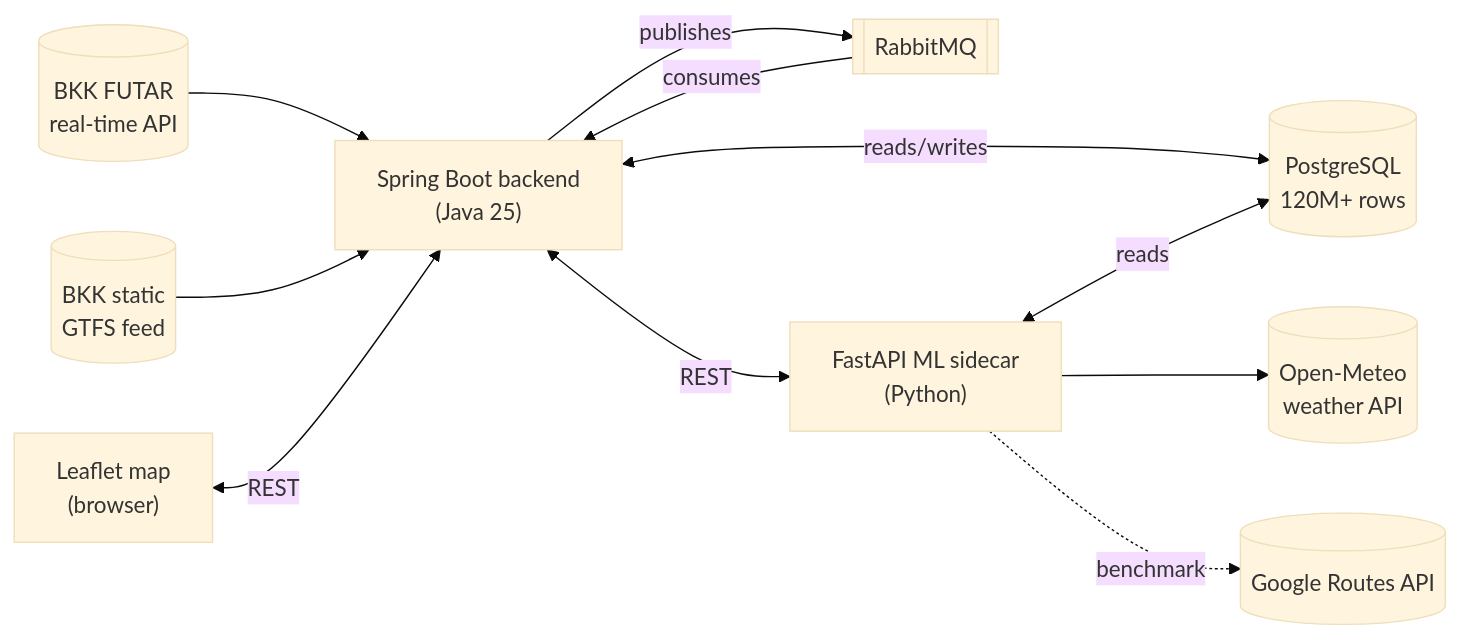
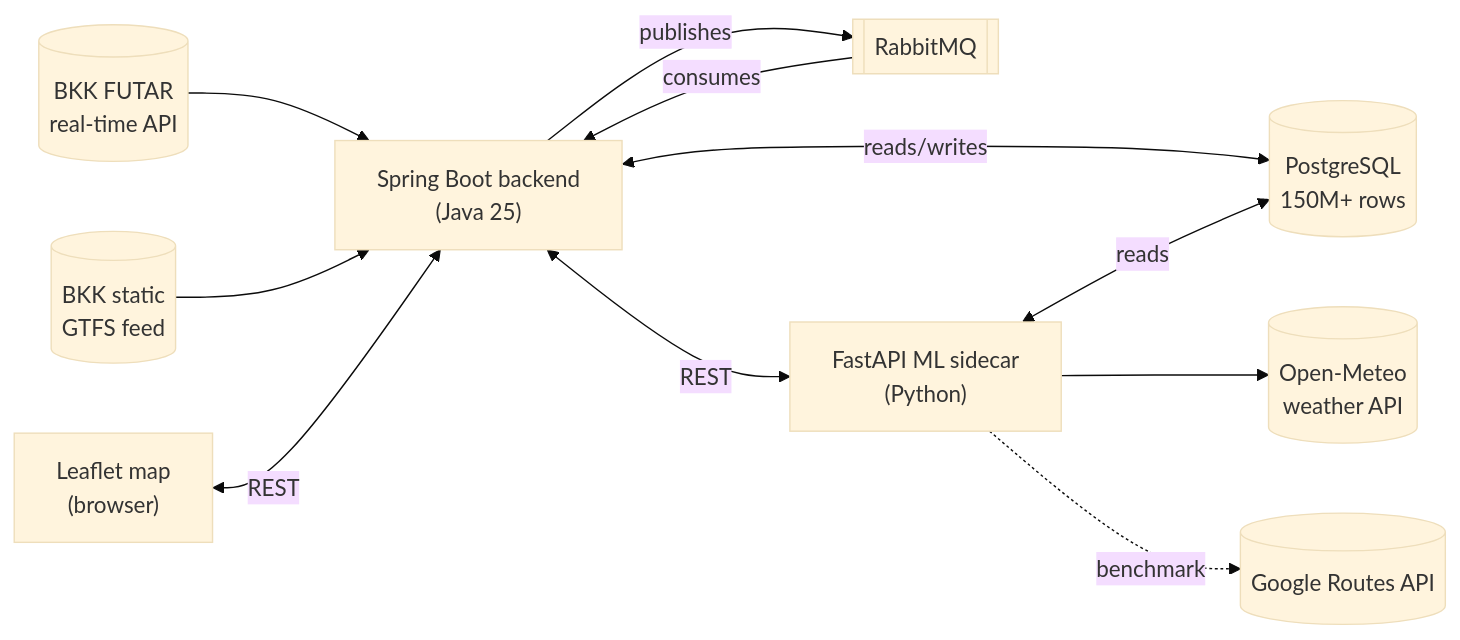
The diagram in README.md (ilkericoz/bkk-transit-app), drawn with Mermaid (base theme) before and after one commit. The commit also changed other lines of this file, not shown here.

````diff
--- a/README.md
+++ b/README.md
@@ -28,13 +28,13 @@
 ```mermaid
 flowchart LR
     BKK[("BKK FUTAR\nreal-time API")] --> Java
     GTFS[("BKK static\nGTFS feed")] --> Java
     Java["Spring Boot backend\n(Java 25)"] -->|publishes| MQ[["RabbitMQ"]]
     MQ -->|consumes| Java
-    Java <-->|reads/writes| PG[("PostgreSQL\n120M+ rows")]
+    Java <-->|reads/writes| PG[("PostgreSQL\n150M+ rows")]
     Java <-->|REST| Sidecar["FastAPI ML sidecar\n(Python)"]
     Sidecar <-->|reads| PG
     Sidecar --> Weather[("Open-Meteo\nweather API")]
     Sidecar -.benchmark.-> Google[("Google Routes API")]
     Browser["Leaflet map\n(browser)"] <-->|REST| Java
 ```
````
